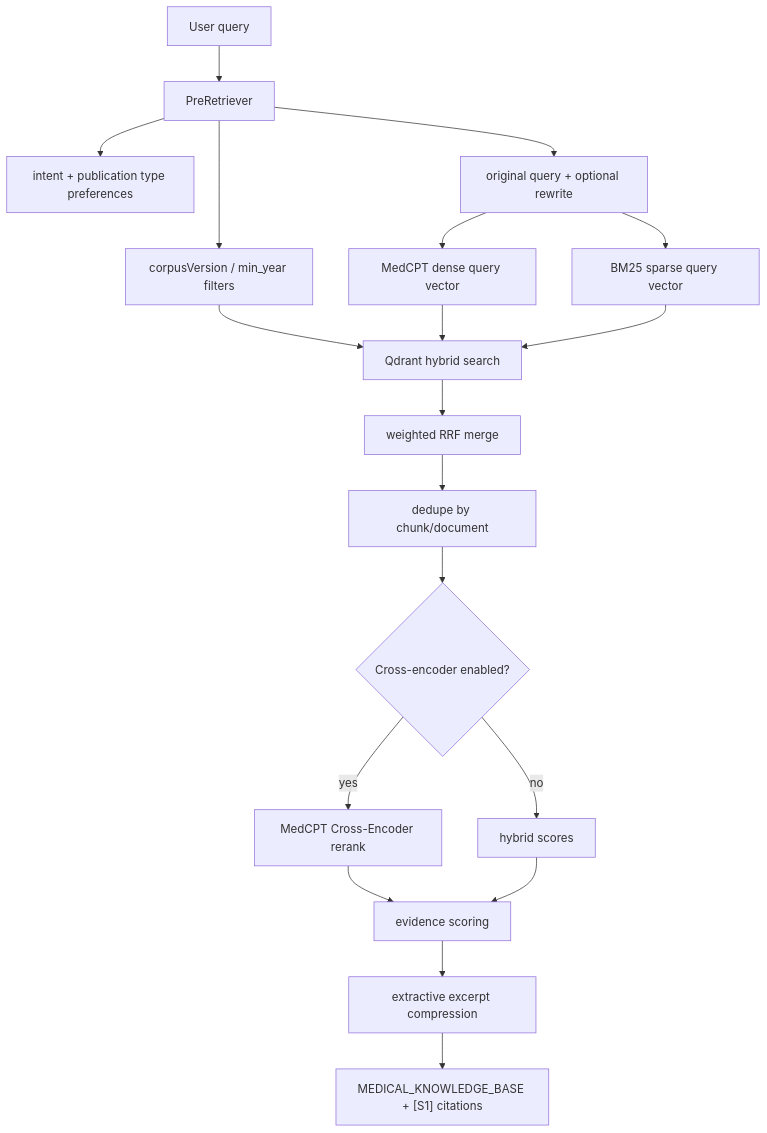
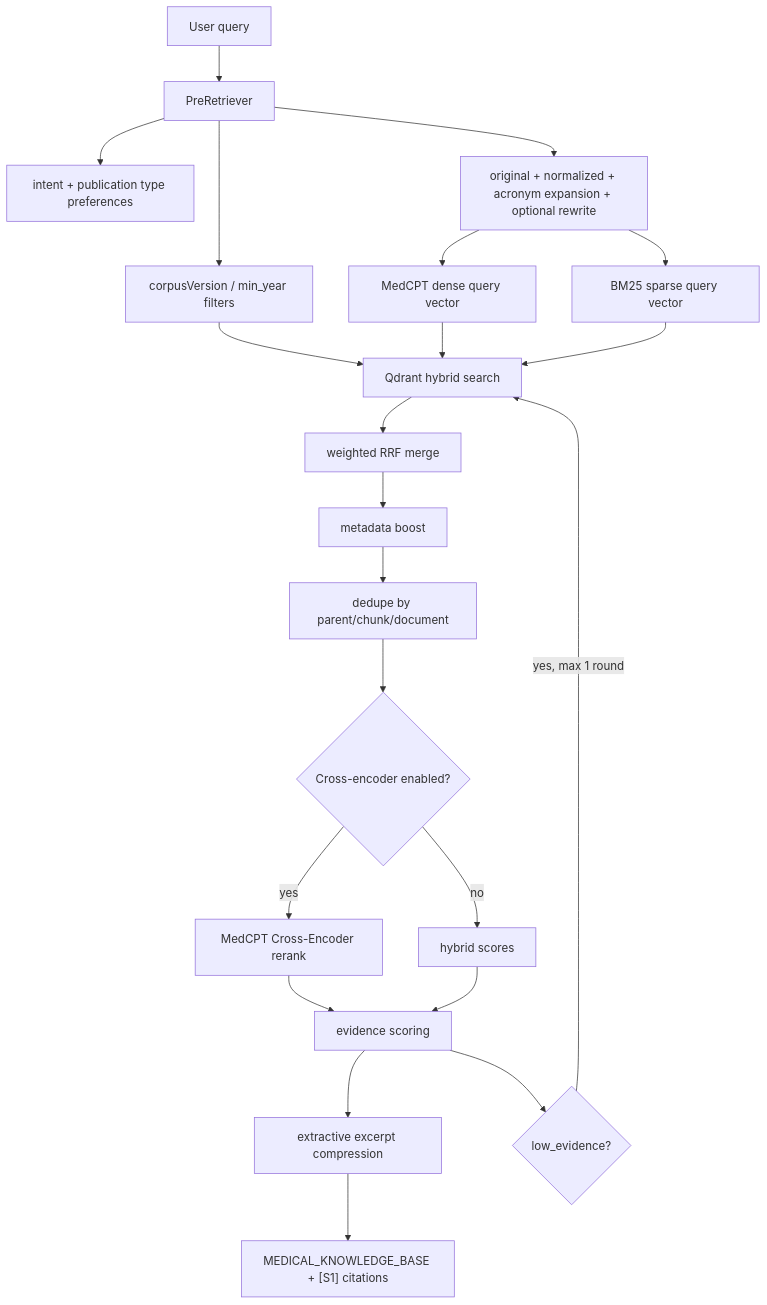
One commit to Kwiatek47/When-Retrieval-Isn-t-the-Problem changed the sixth of 6 diagrams in README.md. Above: the diagram before and after it, drawn with Mermaid. The commit also changed other lines of this file and 27 other files, not shown here.

````diff
--- a/README.md
+++ b/README.md
@@ -179,23 +186,26 @@
 ```mermaid
 flowchart TD
     q["User query"] --> pre["PreRetriever"]
     pre --> intent["intent + publication type preferences"]
-    pre --> queries["original query + optional rewrite"]
+    pre --> queries["original + normalized + acronym expansion + optional rewrite"]
     pre --> filters["corpusVersion / min_year filters"]
 
     queries --> dense["MedCPT dense query vector"]
     queries --> sparse["BM25 sparse query vector"]
     filters --> search["Qdrant hybrid search"]
     dense --> search
     sparse --> search
 
     search --> rrf["weighted RRF merge"]
-    rrf --> dedupe["dedupe by chunk/document"]
+    rrf --> meta["metadata boost"]
+    meta --> dedupe["dedupe by parent/chunk/document"]
     dedupe --> rerank{"Cross-encoder enabled?"}
     rerank -->|yes| cross["MedCPT Cross-Encoder rerank"]
     rerank -->|no| scores["hybrid scores"]
     cross --> evidence["evidence scoring"]
     scores --> evidence
     evidence --> excerpt["extractive excerpt compression"]
     excerpt --> prompt["MEDICAL_KNOWLEDGE_BASE + [S1] citations"]
+    evidence --> adaptive{"low_evidence?"}
+    adaptive -->|yes, max 1 round| search
 ```
````
